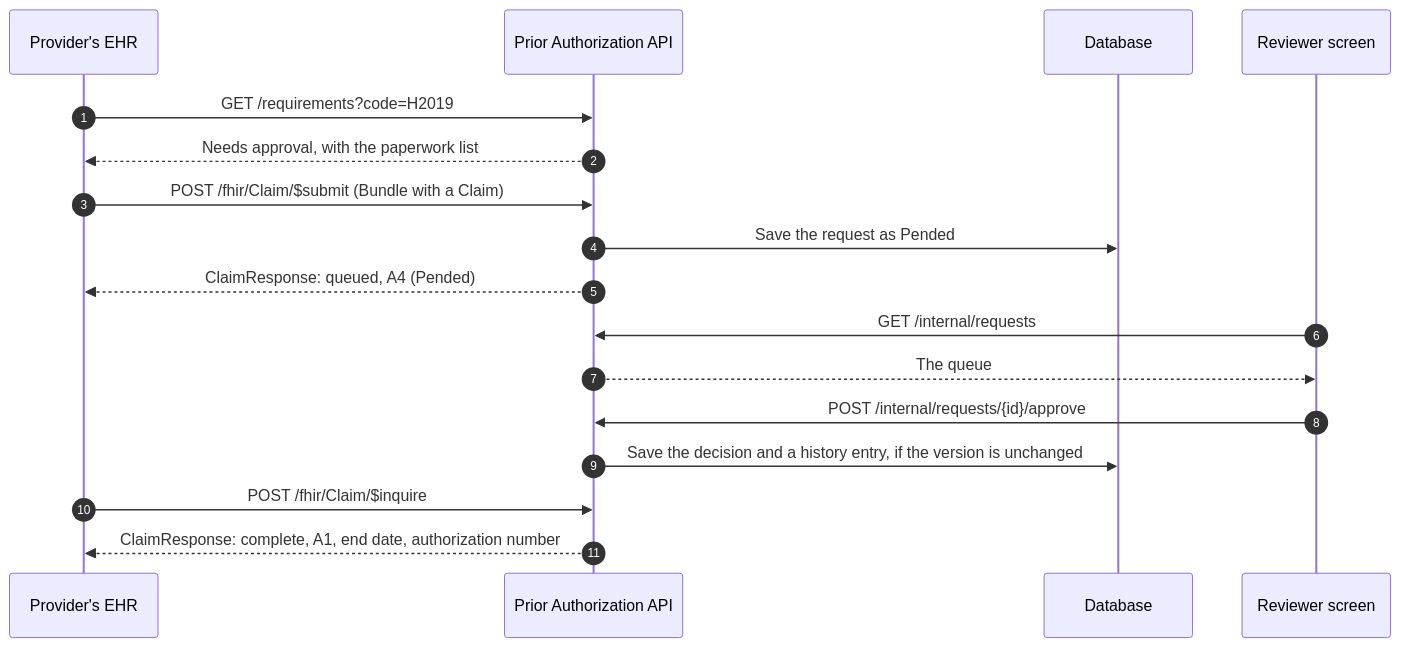
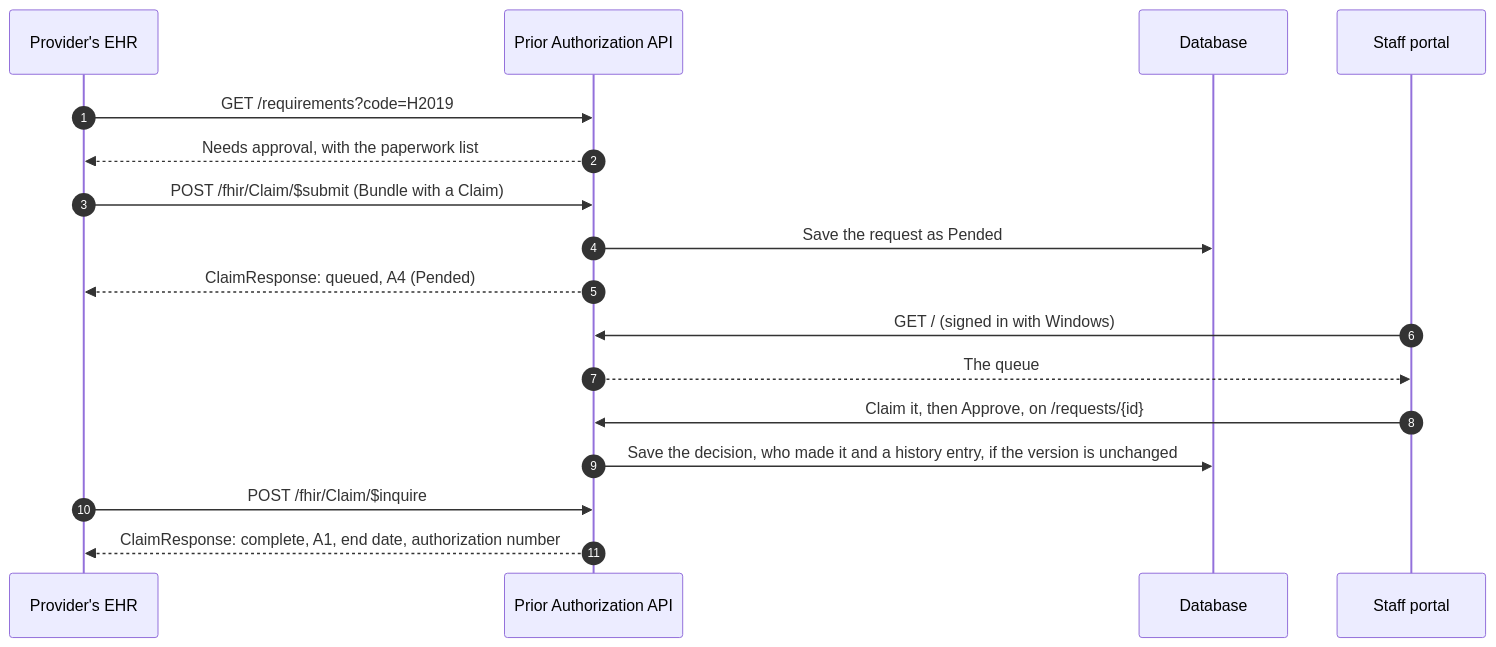
The first of 4 diagrams in docs/02-how-it-works.md (tngo0508/prior-auth-api), drawn with Mermaid before and after one commit. The commit also changed other lines of this file and 56 other files, not shown here.

First line of the commit message:
Add staff sign-in and the reviewer portal

````diff
--- a/docs/02-how-it-works.md
+++ b/docs/02-how-it-works.md
@@ -5,20 +5,20 @@
 ```mermaid
 sequenceDiagram
     autonumber
     participant EHR as Provider's EHR
     participant API as Prior Authorization API
     participant DB as Database
-    participant REV as Reviewer screen
+    participant REV as Staff portal
 
     EHR->>API: GET /requirements?code=H2019
     API-->>EHR: Needs approval, with the paperwork list
     EHR->>API: POST /fhir/Claim/$submit (Bundle with a Claim)
     API->>DB: Save the request as Pended
     API-->>EHR: ClaimResponse: queued, A4 (Pended)
-    REV->>API: GET /internal/requests
+    REV->>API: GET / (signed in with Windows)
     API-->>REV: The queue
-    REV->>API: POST /internal/requests/{id}/approve
-    API->>DB: Save the decision and a history entry, if the version is unchanged
+    REV->>API: Claim it, then Approve, on /requests/{id}
+    API->>DB: Save the decision, who made it and a history entry, if the version is unchanged
     EHR->>API: POST /fhir/Claim/$inquire
     API-->>EHR: ClaimResponse: complete, A1, end date, authorization number
 ```
````
